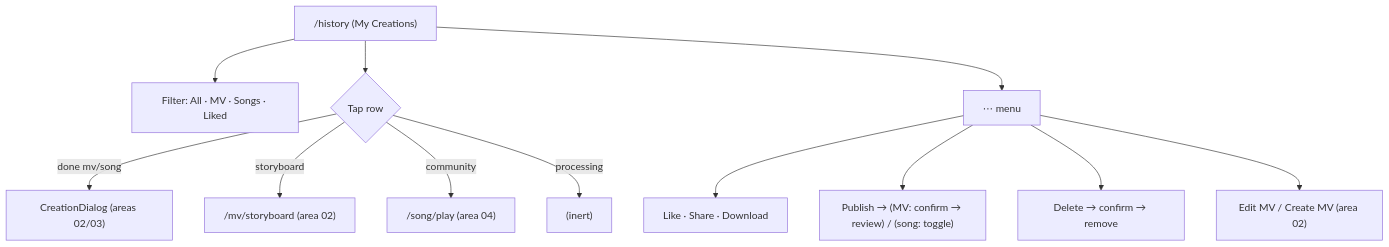
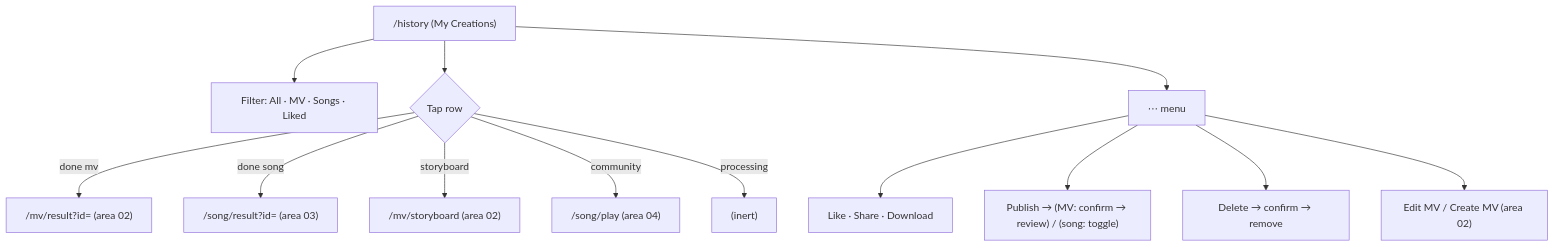
Before and after one commit to pft-JasonChen/musemv-ai: the diagram in web-app/specs/areas/05-history.md, drawn with Mermaid. The commit also changed other lines of this file and 23 other files, not shown here.

````diff
--- a/web-app/specs/areas/05-history.md
+++ b/web-app/specs/areas/05-history.md
@@ -161,14 +167,15 @@
 ```mermaid
 flowchart TD
   H["/history (My Creations)"] --> Filter["Filter: All · MV · Songs · Liked"]
   H --> Row{Tap row}
-  Row -->|done mv/song| Dialog["CreationDialog (areas 02/03)"]
+  Row -->|done mv| MvR["/mv/result?id= (area 02)"]
+  Row -->|done song| SongR["/song/result?id= (area 03)"]
   Row -->|storyboard| SB["/mv/storyboard (area 02)"]
   Row -->|community| Play["/song/play (area 04)"]
   Row -->|processing| Inert["(inert)"]
   H --> Menu["⋯ menu"]
   Menu --> Quick["Like · Share · Download"]
   Menu --> Pub["Publish → (MV: confirm → review) / (song: toggle)"]
   Menu --> Del["Delete → confirm → remove"]
   Menu --> Cta["Edit MV / Create MV (area 02)"]
 ```
````
